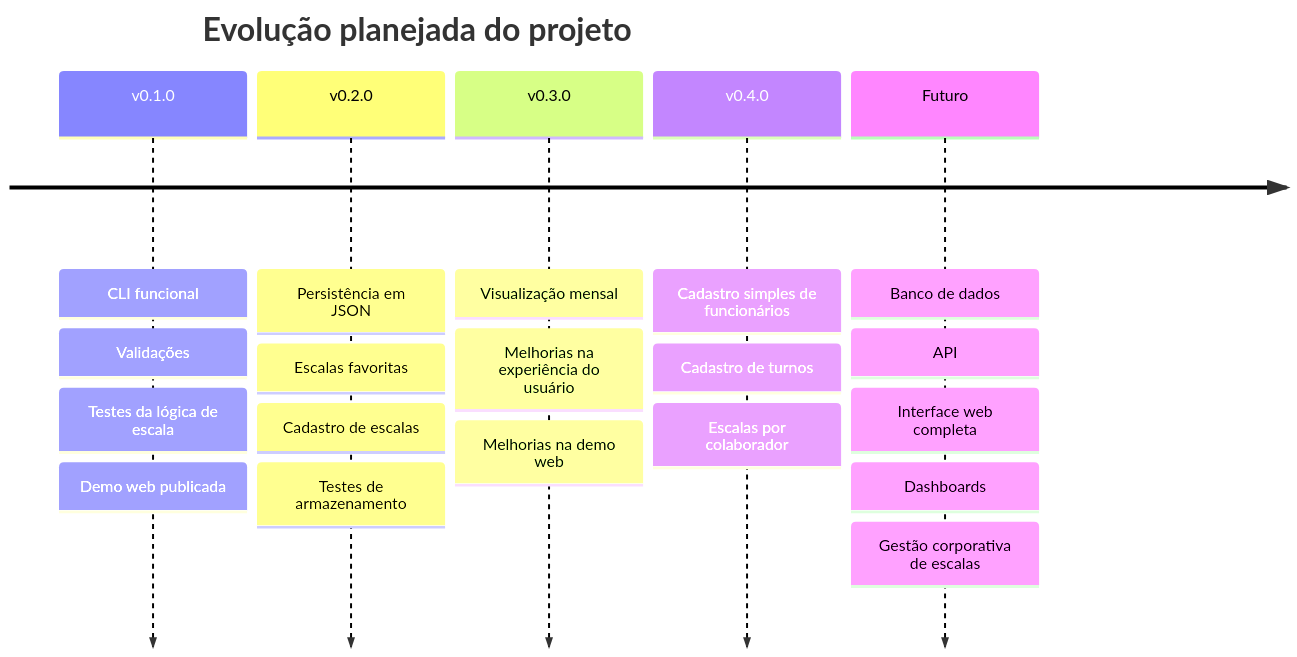
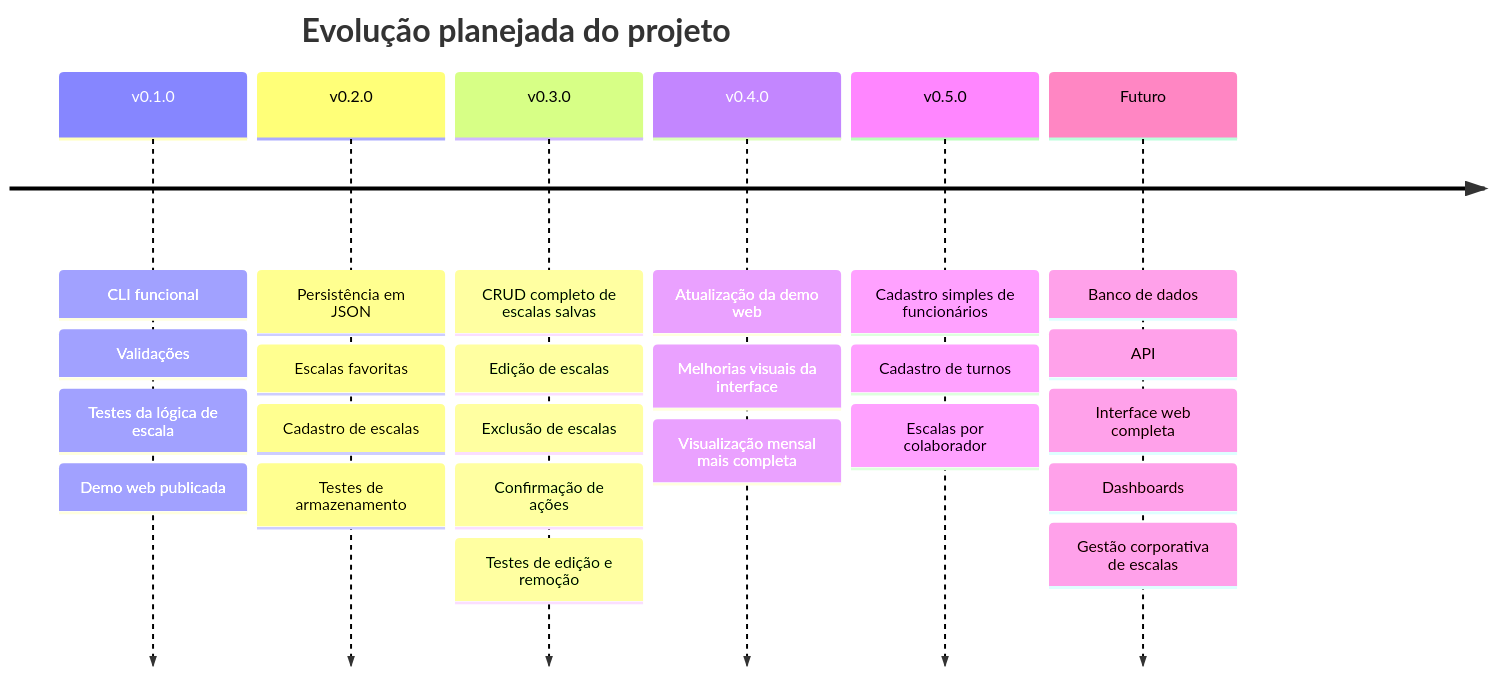
The fourth of 4 diagrams in README.md (Dinox75/simulador-escala-trabalho), drawn with Mermaid before and after one commit. The commit also changed other lines of this file, not shown here.

````diff
--- a/README.md
+++ b/README.md
@@ -676,23 +802,28 @@
 ```mermaid
 timeline
     title Evolução planejada do projeto
     v0.1.0 : CLI funcional
            : Validações
            : Testes da lógica de escala
            : Demo web publicada
     v0.2.0 : Persistência em JSON
            : Escalas favoritas
            : Cadastro de escalas
            : Testes de armazenamento
-    v0.3.0 : Visualização mensal
-           : Melhorias na experiência do usuário
-           : Melhorias na demo web
-    v0.4.0 : Cadastro simples de funcionários
+    v0.3.0 : CRUD completo de escalas salvas
+           : Edição de escalas
+           : Exclusão de escalas
+           : Confirmação de ações
+           : Testes de edição e remoção
+    v0.4.0 : Atualização da demo web
+           : Melhorias visuais da interface
+           : Visualização mensal mais completa
+    v0.5.0 : Cadastro simples de funcionários
            : Cadastro de turnos
            : Escalas por colaborador
     Futuro : Banco de dados
            : API
            : Interface web completa
            : Dashboards
            : Gestão corporativa de escalas
 ```
````
